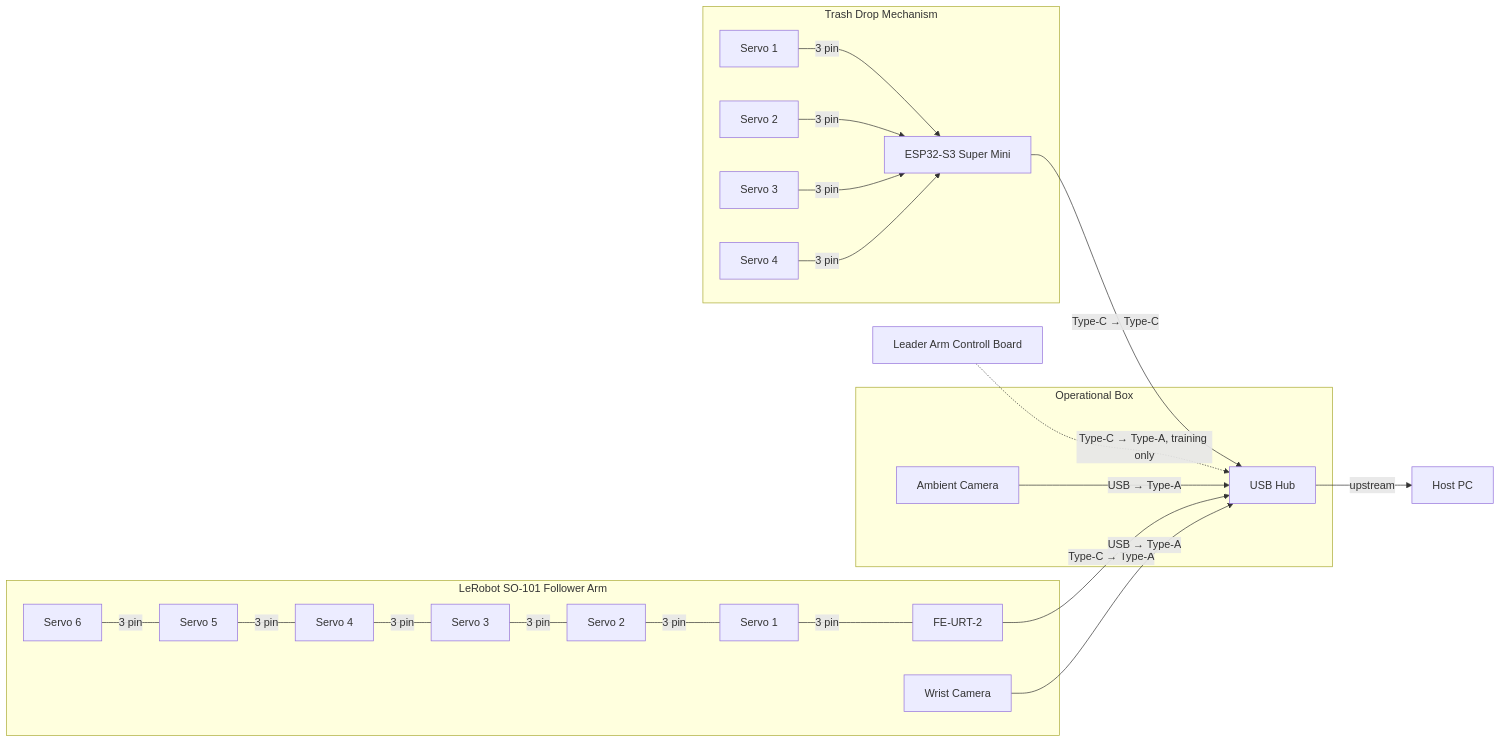
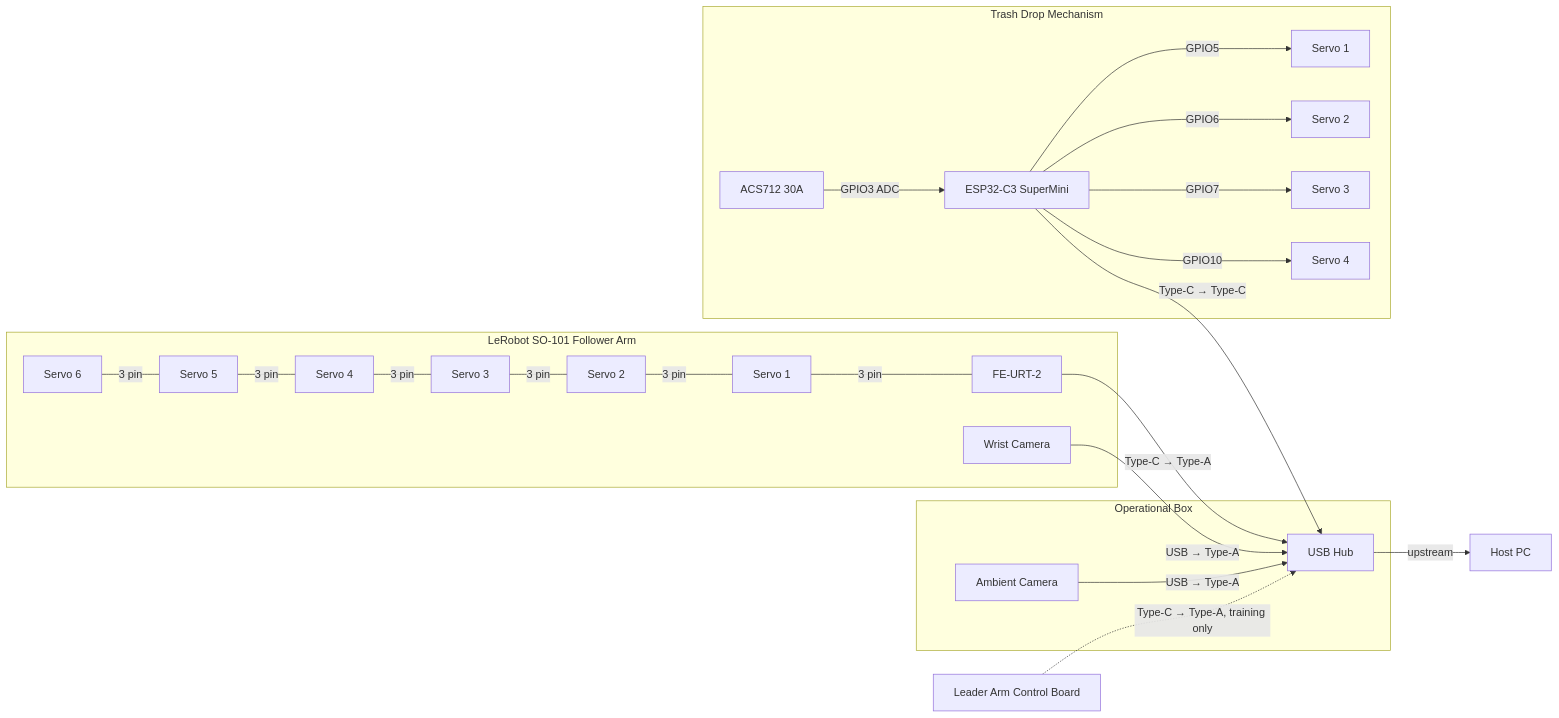
The fourth of 8 diagrams in electronics/ELECTRONICS.md (dark-neonus/Cleany_AI_Trash_Sorting_Robot), drawn with Mermaid before and after one commit. The commit also changed other lines of this file and 1 other file, not shown here.

Commit message:
feat: fix esp32 wrong model and add pinout

````diff
--- a/electronics/ELECTRONICS.md
+++ b/electronics/ELECTRONICS.md
@@ -88,31 +143,33 @@
 ```mermaid
 flowchart LR
     HOST[Host PC]
 
     subgraph BOX[Operational Box]
         HUB[USB Hub]
         ACAM[Ambient Camera]
     end
 
     subgraph ARM[LeRobot SO-101 Follower Arm]
         S6[Servo 6] ---|3 pin| S5[Servo 5] ---|3 pin| S4[Servo 4] ---|3 pin| S3[Servo 3] ---|3 pin| S2[Servo 2] ---|3 pin| S1[Servo 1] ---|3 pin| URT[FE-URT-2]
         WCAM[Wrist Camera]
     end
 
     subgraph DROP[Trash Drop Mechanism]
-        ESP[ESP32-S3 Super Mini]
-        D1[Servo 1] -->|3 pin| ESP
-        D2[Servo 2] -->|3 pin| ESP
-        D3[Servo 3] -->|3 pin| ESP
-        D4[Servo 4] -->|3 pin| ESP
+        ESP[ESP32-C3 SuperMini]
+        ACS[ACS712 30A]
+        ESP -->|GPIO5| D1[Servo 1]
+        ESP -->|GPIO6| D2[Servo 2]
+        ESP -->|GPIO7| D3[Servo 3]
+        ESP -->|GPIO10| D4[Servo 4]
+        ACS -->|GPIO3 ADC| ESP
     end
 
-    LEAD[Leader Arm Controll Board]
+    LEAD[Leader Arm Control Board]
 
     HUB -->|upstream| HOST
     URT -->|Type-C → Type-A| HUB
     WCAM -->|USB → Type-A| HUB
     ACAM -->|USB → Type-A| HUB
     ESP -->|Type-C → Type-C| HUB
     LEAD -.->|Type-C → Type-A, training only| HUB
 ```
````
